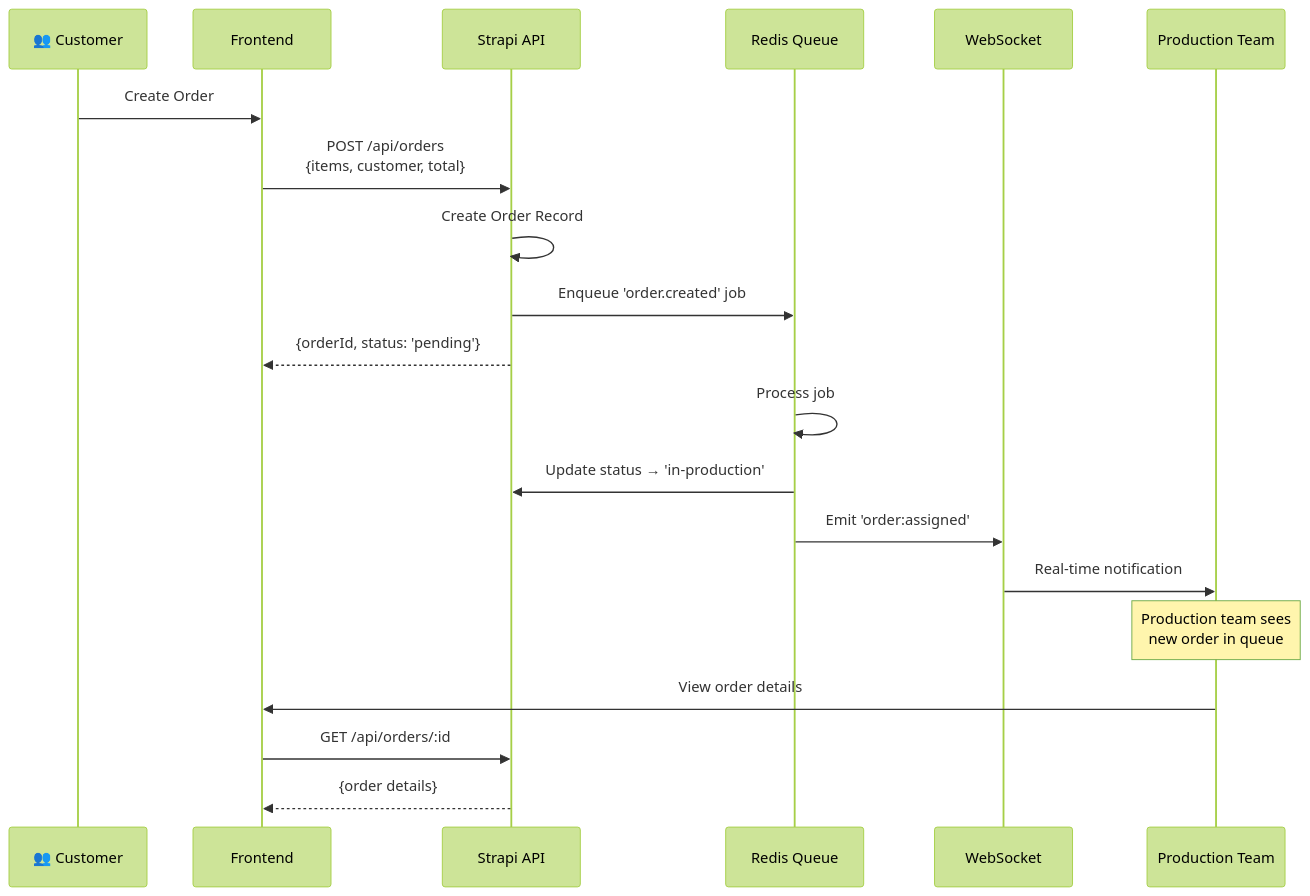
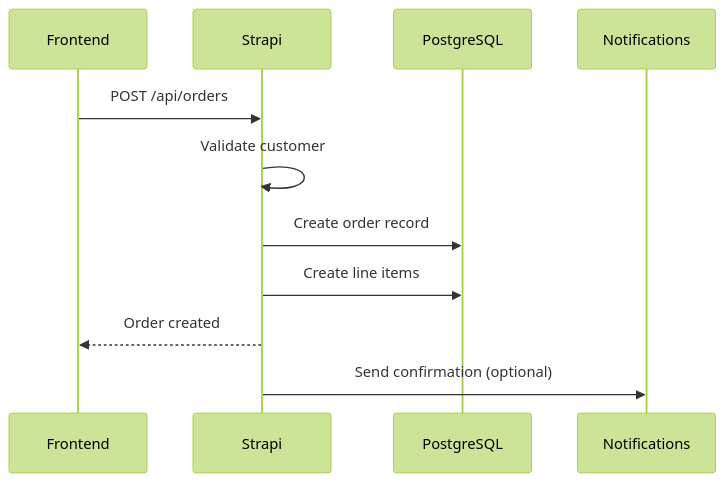
The fourth of 4 diagrams in docs/ARCHITECTURE_OVERVIEW.md (hypnotizedent/printshop-os), drawn with Mermaid (forest theme) before and after one commit. The commit also changed other lines of this file and 173 other files, not shown here.

````diff
--- a/docs/ARCHITECTURE_OVERVIEW.md
+++ b/docs/ARCHITECTURE_OVERVIEW.md
@@ -562,28 +182,14 @@
 ```mermaid
 sequenceDiagram
-    participant C as 👥 Customer
     participant FE as Frontend
-    participant API as Strapi API
-    participant Queue as Redis Queue
-    participant WS as WebSocket
-    participant PD as Production Team
+    participant ST as Strapi
+    participant PG as PostgreSQL
+    participant NT as Notifications
     
-    C->>FE: Create Order
-    FE->>API: POST /api/orders<br/>{items, customer, total}
-    
-    API->>API: Create Order Record
-    API->>Queue: Enqueue 'order.created' job
-    API-->>FE: {orderId, status: 'pending'}
-    
-    Queue->>Queue: Process job
-    Queue->>API: Update status → 'in-production'
-    
-    Queue->>WS: Emit 'order:assigned'
-    WS->>PD: Real-time notification
-    
-    Note over PD: Production team sees<br/>new order in queue
-    
-    PD->>FE: View order details
-    FE->>API: GET /api/orders/:id
-    API-->>FE: {order details}
+    FE->>ST: POST /api/orders
+    ST->>ST: Validate customer
+    ST->>PG: Create order record
+    ST->>PG: Create line items
+    ST-->>FE: Order created
+    ST->>NT: Send confirmation (optional)
 ```
````
